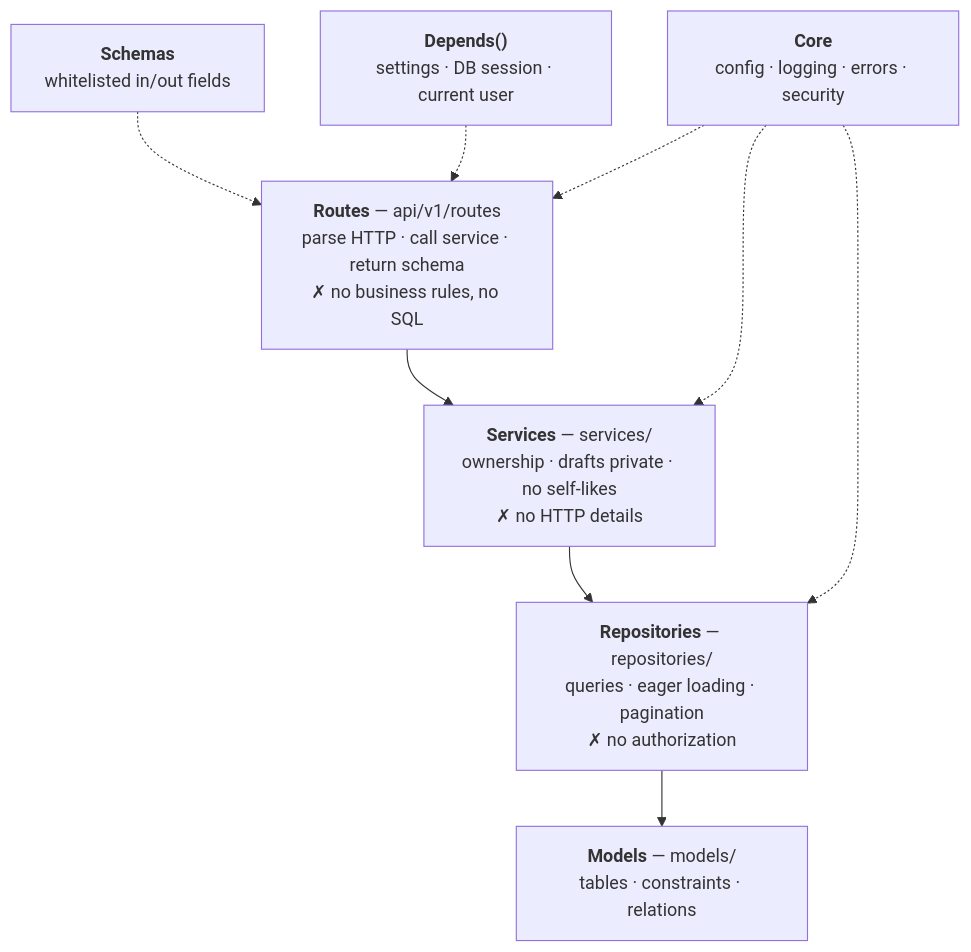
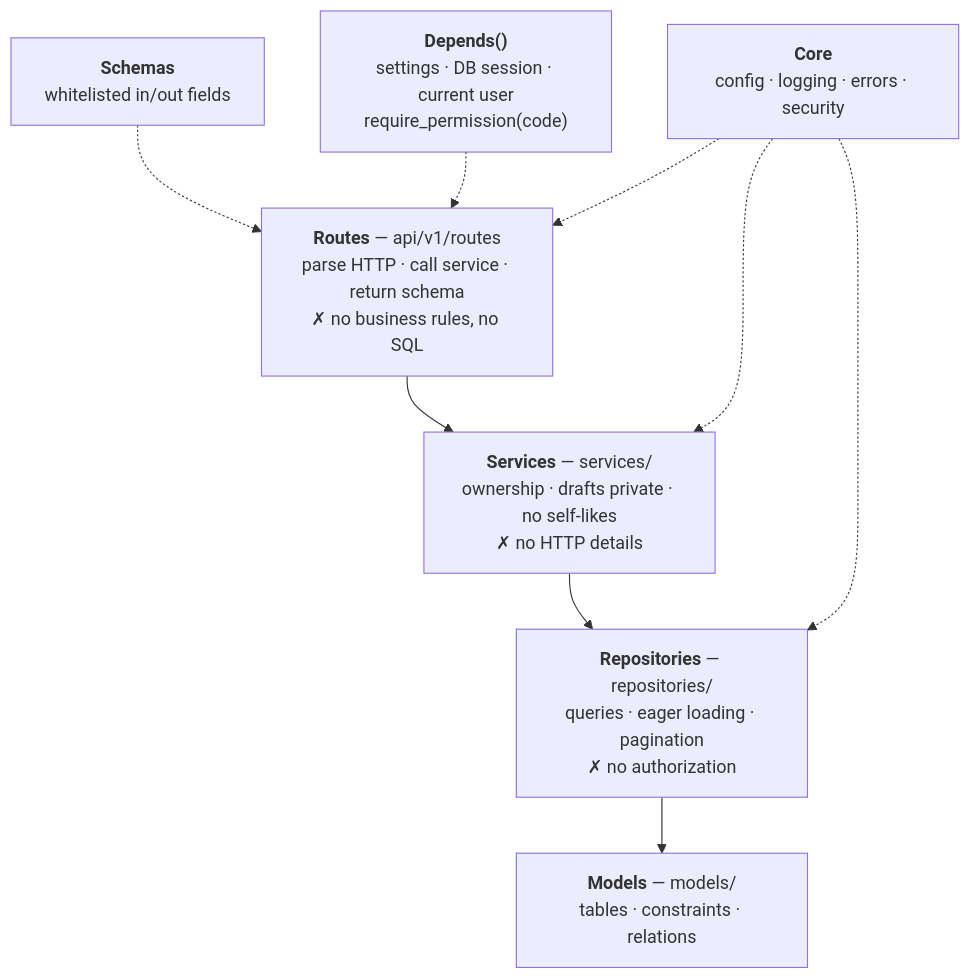
One commit to mr-laboratory/nebula changed the second of 18 diagrams in docs/architecture.md. Above: the diagram before and after it, drawn with Mermaid. The commit also changed other lines of this file and 4 other files, not shown here.

````diff
--- a/docs/architecture.md
+++ b/docs/architecture.md
@@ -21,11 +21,11 @@
 ```mermaid
 flowchart TB
     R["<b>Routes</b> — api/v1/routes<br/>parse HTTP · call service · return schema<br/>✗ no business rules, no SQL"]
     S["<b>Services</b> — services/<br/>ownership · drafts private · no self-likes<br/>✗ no HTTP details"]
     RP["<b>Repositories</b> — repositories/<br/>queries · eager loading · pagination<br/>✗ no authorization"]
     M["<b>Models</b> — models/<br/>tables · constraints · relations"]
     R --> S --> RP --> M
     SC["<b>Schemas</b><br/>whitelisted in/out fields"] -.-> R
     C["<b>Core</b><br/>config · logging · errors · security"] -.-> R & S & RP
-    D["<b>Depends()</b><br/>settings · DB session · current user"] -.-> R
+    D["<b>Depends()</b><br/>settings · DB session · current user<br/>require_permission(code)"] -.-> R
 ```
````
